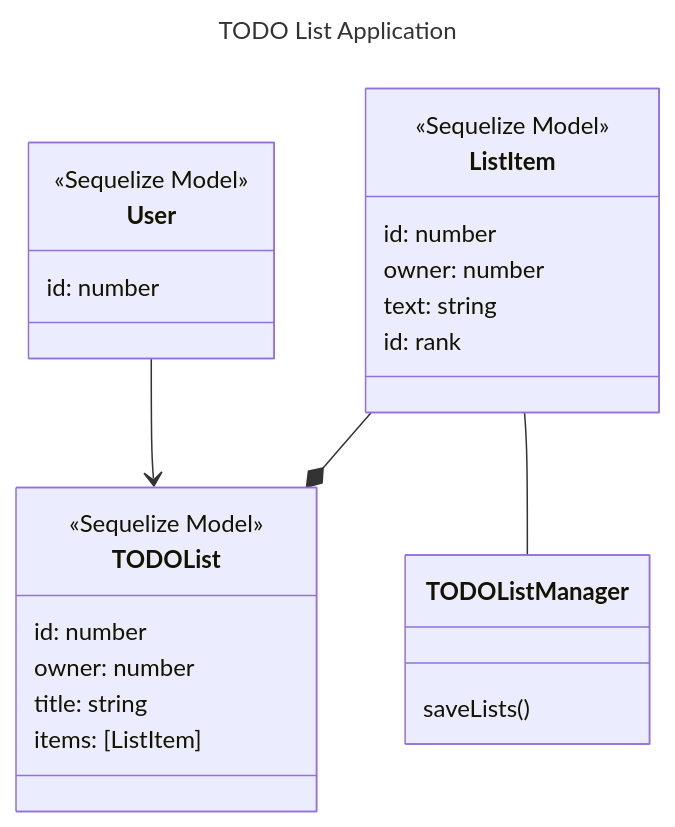
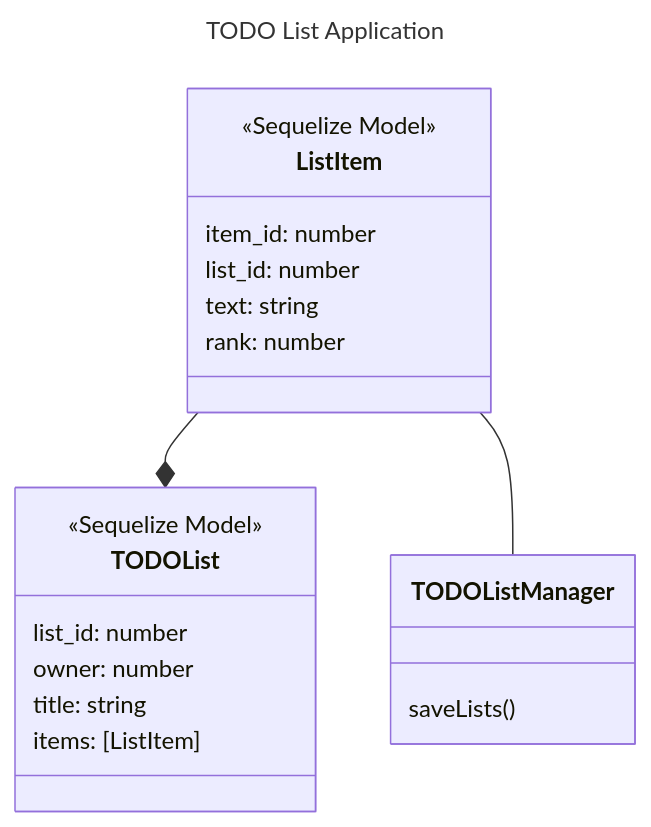
The diagram in solid-todo/README.md (larc63/solid-guide), drawn with Mermaid before and after one commit. The commit also changed other lines of this file and 32 other files, not shown here.

````diff
--- a/solid-todo/README.md
+++ b/solid-todo/README.md
@@ -11,36 +11,35 @@
 ```mermaid
 ---
 title: TODO List Application
 ---
 classDiagram
   class ListItem {
     <<Sequelize Model>>
-    id: number
-    owner: number
+    item_id: number
+    list_id: number
     text: string
-    id: rank
+    rank: number
   }
 
   class TODOList {
     <<Sequelize Model>>
-    id: number
+    list_id: number
     owner: number
     title: string
     items: [ListItem]
 
-  }
+  } 
 
   class TODOListManager {
     saveLists()
   }
 
-  class User {
-    <<Sequelize Model>>
-    id: number
-  }
-    
+%%  class User {
+%%    <<Sequelize Model>>
+%%    id: number
+%%  }
+%%    
 ListItem--*TODOList
 ListItem--TODOListManager
-User-->TODOList
-
+%% User-->TODOList
 ```
````
